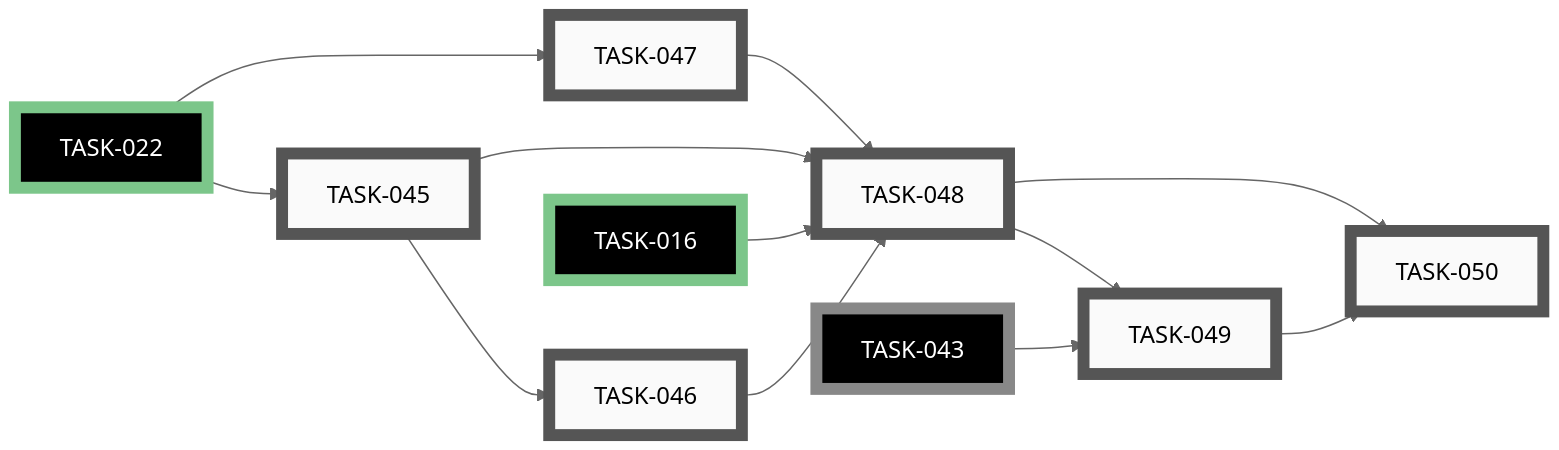
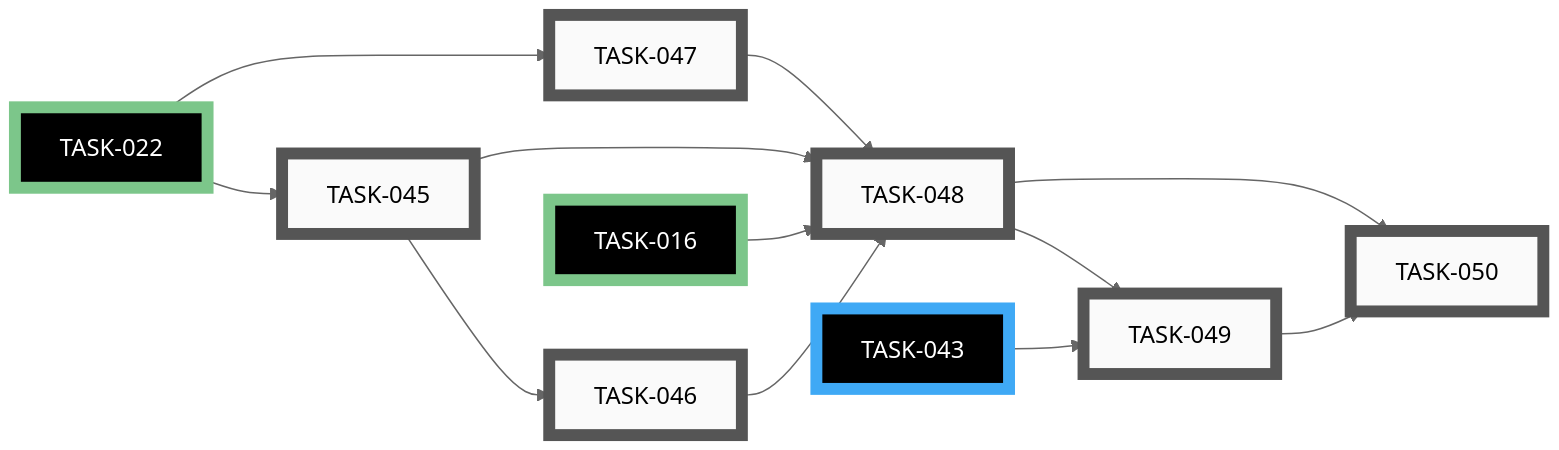
Before and after one commit to tgd1975/PartsLedger: the seventh of 9 diagrams in docs/developers/tasks/EPICS.md, drawn with Mermaid (neutral theme). The commit also changed other lines of this file and 14 other files, not shown here.

First line of the commit message:
recognition: VLM adapter, pipeline glue, undo journal (TASK-042/043/044)

````diff
--- a/docs/developers/tasks/EPICS.md
+++ b/docs/developers/tasks/EPICS.md
@@ -359,40 +359,40 @@
 ```mermaid
 graph LR
     TASK_045["TASK-045"]:::open
     TASK_046["TASK-046"]:::open
     TASK_047["TASK-047"]:::open
     TASK_048["TASK-048"]:::open
     TASK_049["TASK-049"]:::open
     TASK_050["TASK-050"]:::open
     TASK_016["TASK-016"]:::closedExt
     TASK_022["TASK-022"]:::closedExt
-    TASK_043["TASK-043"]:::openExt
+    TASK_043["TASK-043"]:::activeExt
     TASK_022 --> TASK_045
     TASK_045 --> TASK_046
     TASK_022 --> TASK_047
     TASK_016 --> TASK_048
     TASK_045 --> TASK_048
     TASK_046 --> TASK_048
     TASK_047 --> TASK_048
     TASK_043 --> TASK_049
     TASK_048 --> TASK_049
     TASK_048 --> TASK_050
     TASK_049 --> TASK_050
     click TASK_045 "open/task-045-nexar-graphql-adapter.md"
     click TASK_046 "open/task-046-nexar-response-cache.md"
     click TASK_047 "open/task-047-family-datasheet-fallback.md"
     click TASK_048 "open/task-048-enrichment-orchestrator.md"
     click TASK_049 "open/task-049-camera-async-dispatch.md"
     click TASK_050 "open/task-050-skill-sync-chain.md"
     click TASK_016 "closed/task-016-inventory-writer-module.md"
     click TASK_022 "closed/task-022-adopt-src-layout.md"
-    click TASK_043 "open/task-043-recognition-pipeline-glue.md"
+    click TASK_043 "active/task-043-recognition-pipeline-glue.md"
     classDef open    fill:#FAFAFA,stroke:#555,stroke-width:8px,color:#000
     classDef active  fill:#FAFAFA,stroke:#1A6FA8,stroke-width:8px,color:#000
     classDef closed  fill:#FAFAFA,stroke:#3F8B53,stroke-width:8px,color:#000
     classDef paused  fill:#FAFAFA,stroke:#B07810,stroke-width:8px,color:#000
     classDef openExt    fill:#000,stroke:#888,stroke-width:8px,color:#FFF
     classDef activeExt  fill:#000,stroke:#3FA9F5,stroke-width:8px,color:#FFF
     classDef closedExt  fill:#000,stroke:#7CC68A,stroke-width:8px,color:#FFF
     classDef pausedExt  fill:#000,stroke:#F0B030,stroke-width:8px,color:#FFF
 ```
````
